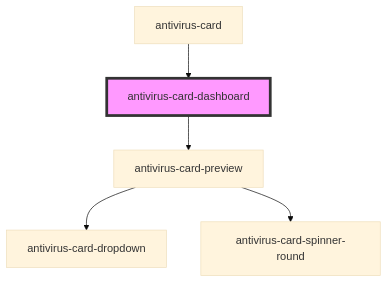
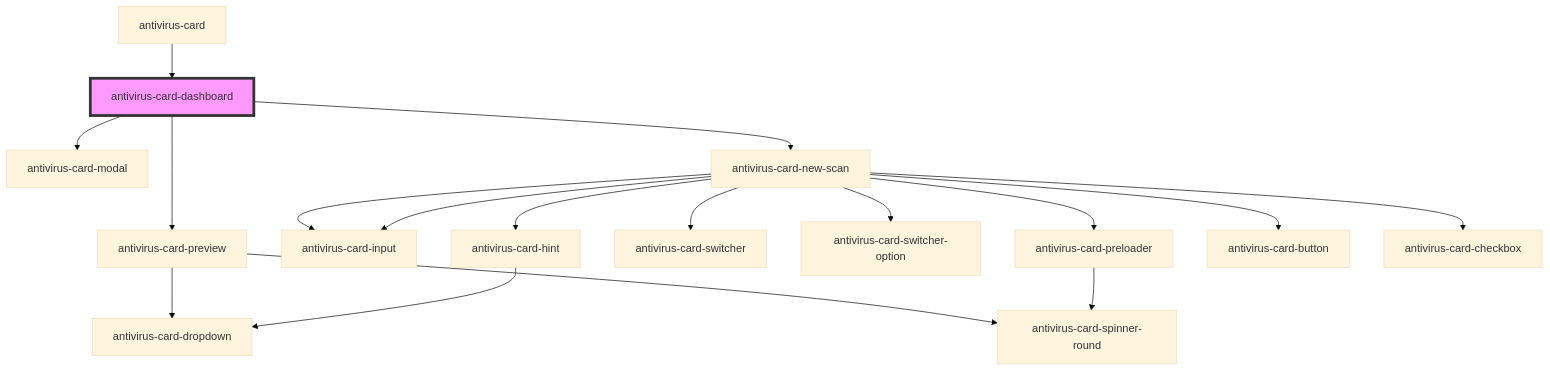
One commit to ispsystem/plugin-imunify changed the diagram in client/packages/antivirus-card/src/components/dashboard/readme.md. Above: the diagram before and after it, drawn with Mermaid (base theme). The commit also changed other lines of this file and 21 other files, not shown here.

Commit message:
wip(antivirus-card): 🚧 actions dont work :-(

````diff
--- a/client/packages/antivirus-card/src/components/dashboard/readme.md
+++ b/client/packages/antivirus-card/src/components/dashboard/readme.md
@@ -27,8 +28,20 @@
 ```mermaid
 graph TD;
   antivirus-card-dashboard --> antivirus-card-preview
+  antivirus-card-dashboard --> antivirus-card-modal
+  antivirus-card-dashboard --> antivirus-card-new-scan
   antivirus-card-preview --> antivirus-card-dropdown
   antivirus-card-preview --> antivirus-card-spinner-round
+  antivirus-card-new-scan --> antivirus-card-input
+  antivirus-card-new-scan --> antivirus-card-hint
+  antivirus-card-new-scan --> antivirus-card-switcher
+  antivirus-card-new-scan --> antivirus-card-switcher-option
+  antivirus-card-new-scan --> antivirus-card-preloader
+  antivirus-card-new-scan --> antivirus-card-button
+  antivirus-card-new-scan --> antivirus-card-checkbox
+  antivirus-card-new-scan --> antivirus-card-input
+  antivirus-card-hint --> antivirus-card-dropdown
+  antivirus-card-preloader --> antivirus-card-spinner-round
   antivirus-card --> antivirus-card-dashboard
   style antivirus-card-dashboard fill:#f9f,stroke:#333,stroke-width:4px
 ```
````
